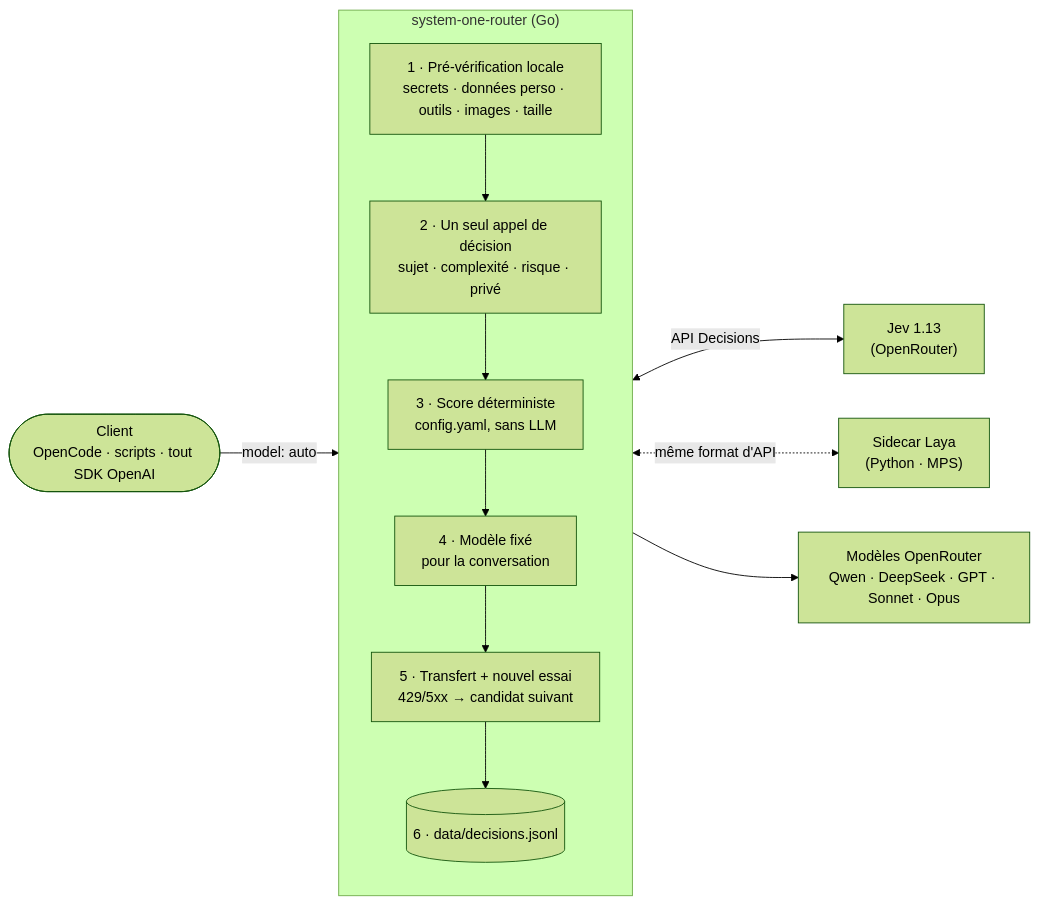
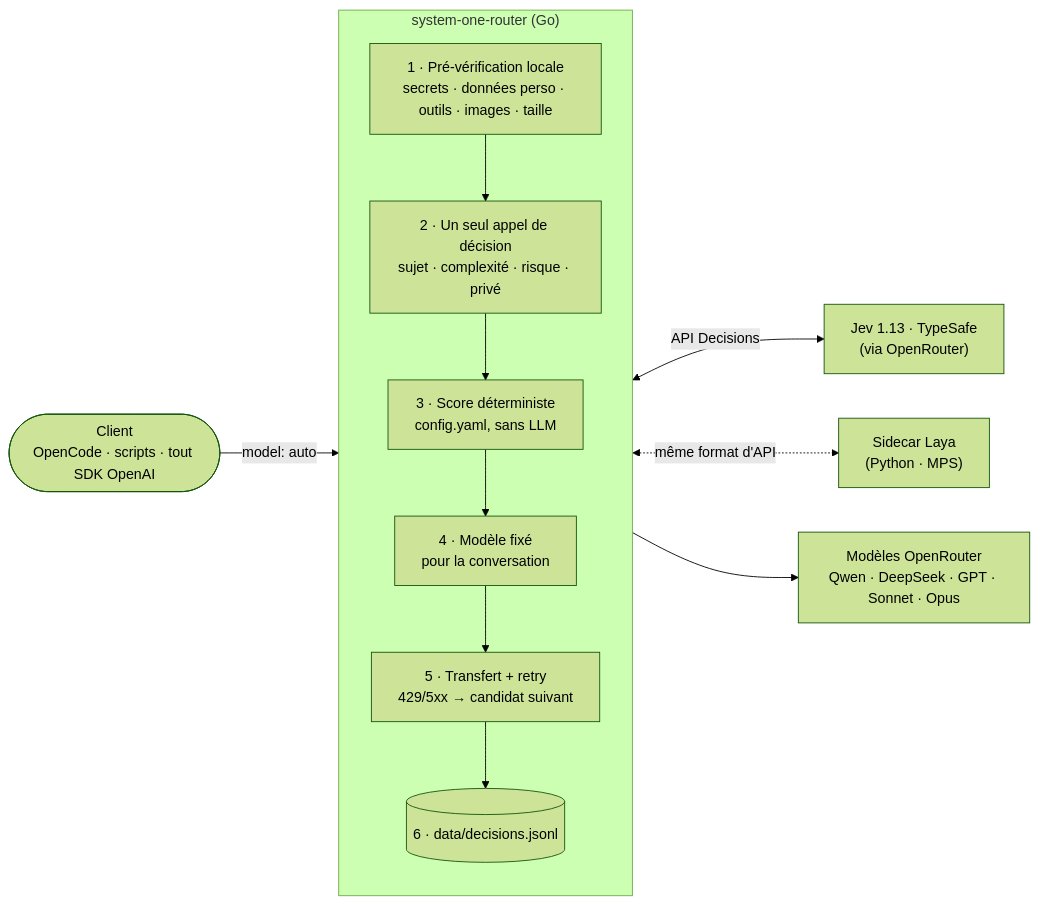
Before and after one commit to mmornati/mornati-blog: the diagram in content/fr/posts/system-one-router-choisir-le-bon-llm-pour-chaque-prompt/index.md, drawn with Mermaid (forest theme). The commit also changed other lines of this file and 3 other files, not shown here.

First line of the commit message:
Credit TypeSafe for Jev and align EN/FR/IT terminology

````diff
--- a/content/fr/posts/system-one-router-choisir-le-bon-llm-pour-chaque-prompt/index.md
+++ b/content/fr/posts/system-one-router-choisir-le-bon-llm-pour-chaque-prompt/index.md
@@ -109,19 +109,19 @@
 ```mermaid
 flowchart LR
     C(["Client<br/>OpenCode · scripts · tout SDK OpenAI"]) -->|"model: auto"| P
 
     subgraph GW["system-one-router (Go)"]
         direction TB
         P["1 · Pré-vérification locale<br/>secrets · données perso · outils · images · taille"]
         D["2 · Un seul appel de décision<br/>sujet · complexité · risque · privé"]
         S["3 · Score déterministe<br/>config.yaml, sans LLM"]
         K["4 · Modèle fixé<br/>pour la conversation"]
-        F["5 · Transfert + nouvel essai<br/>429/5xx → candidat suivant"]
+        F["5 · Transfert + retry<br/>429/5xx → candidat suivant"]
         L[("6 · data/decisions.jsonl")]
         P --> D --> S --> K --> F --> L
     end
 
-    D <-->|"API Decisions"| J["Jev 1.13<br/>(OpenRouter)"]
+    D <-->|"API Decisions"| J["Jev 1.13 · TypeSafe<br/>(via OpenRouter)"]
     D <-.->|"même format d'API"| LY["Sidecar Laya<br/>(Python · MPS)"]
     F --> M["Modèles OpenRouter<br/>Qwen · DeepSeek · GPT · Sonnet · Opus"]
 ```
````
